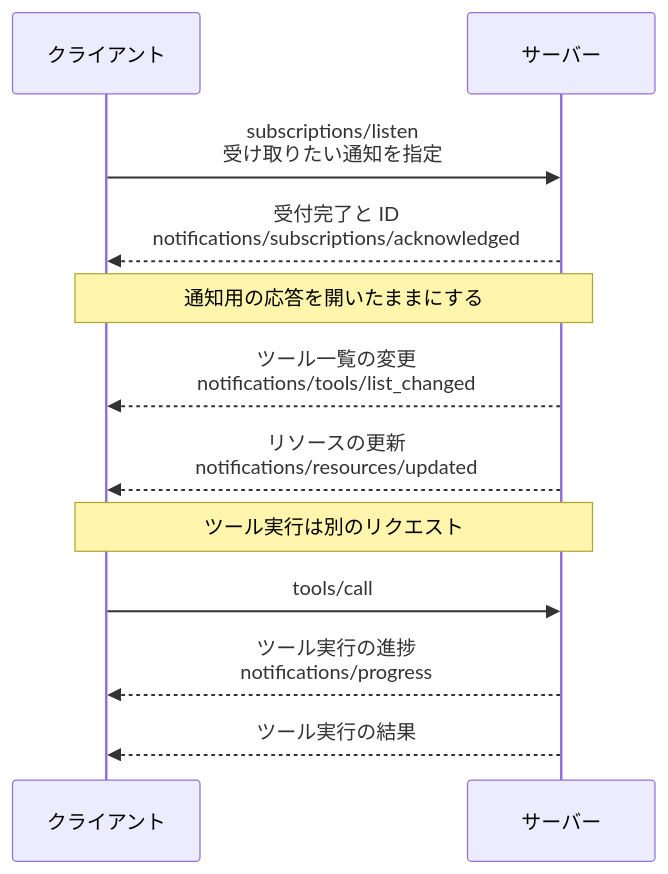
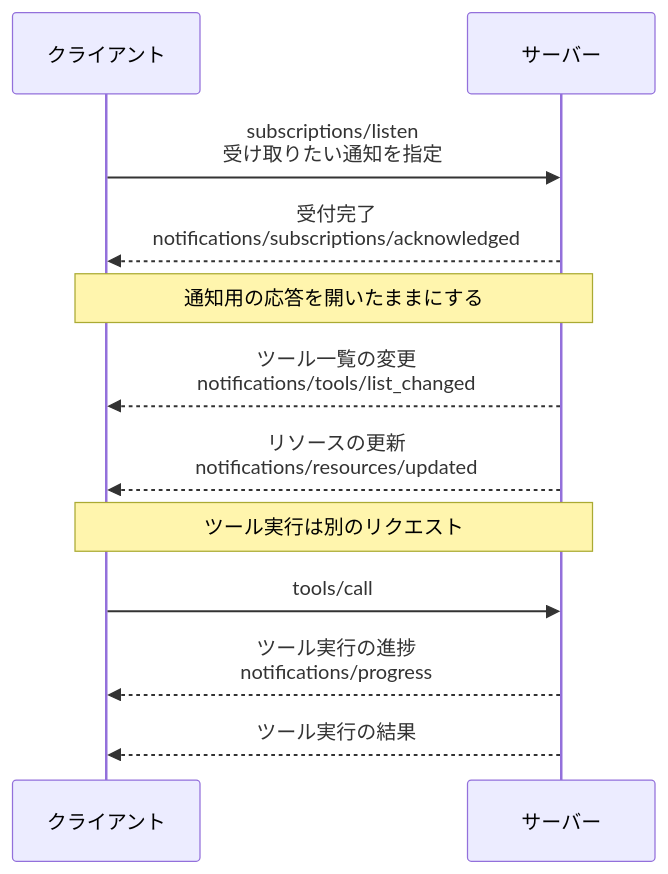
One commit to yamazaki-yuki-23/qiita-tech-blogs changed the sixth of 6 diagrams in public/2026-08-mcp-2026-07-28.md. Above: the diagram before and after it, drawn with Mermaid. The commit also changed other lines of this file, not shown here.

````diff
--- a/public/2026-08-mcp-2026-07-28.md
+++ b/public/2026-08-mcp-2026-07-28.md
@@ -302,16 +306,16 @@
 ```mermaid
 sequenceDiagram
     participant C as クライアント
     participant S as サーバー
 
     C->>S: subscriptions/listen<br/>受け取りたい通知を指定
-    S-->>C: 受付完了と ID<br/>notifications/subscriptions/acknowledged
+    S-->>C: 受付完了<br/>notifications/subscriptions/acknowledged
     Note over C,S: 通知用の応答を開いたままにする
     S-->>C: ツール一覧の変更<br/>notifications/tools/list_changed
     S-->>C: リソースの更新<br/>notifications/resources/updated
 
     Note over C,S: ツール実行は別のリクエスト
     C->>S: tools/call
     S-->>C: ツール実行の進捗<br/>notifications/progress
     S-->>C: ツール実行の結果
 ```
````
